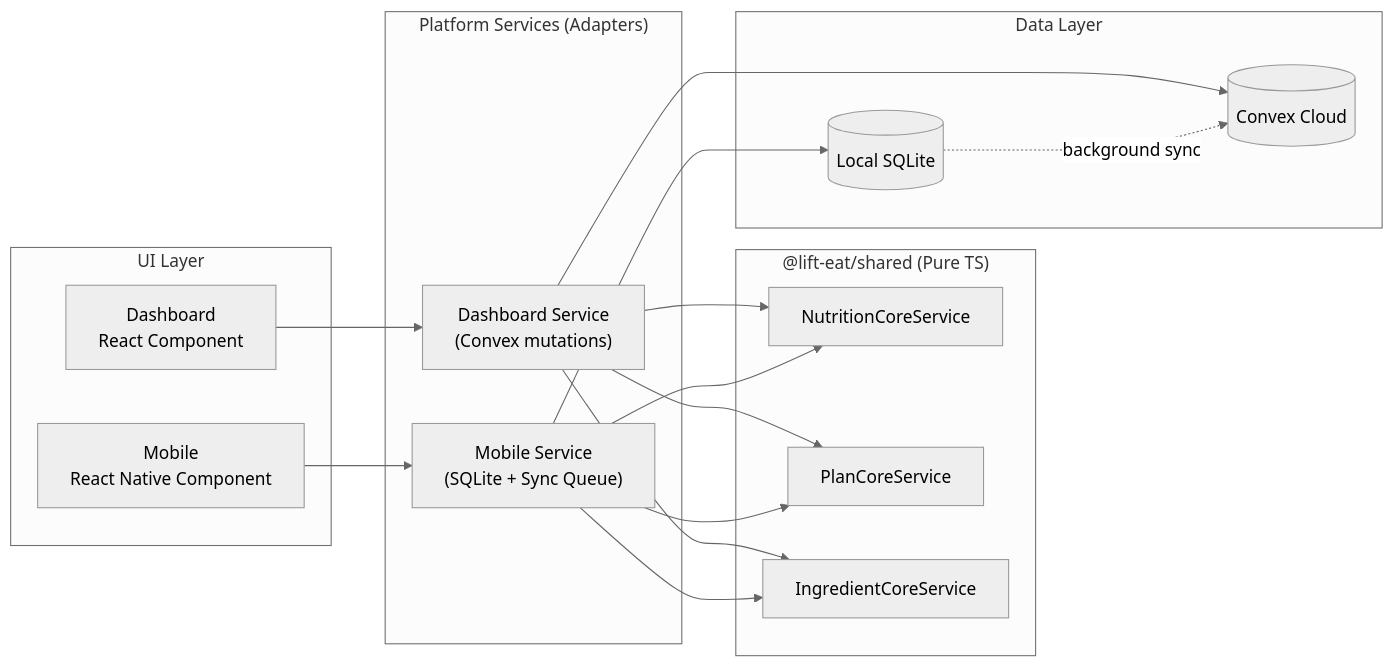
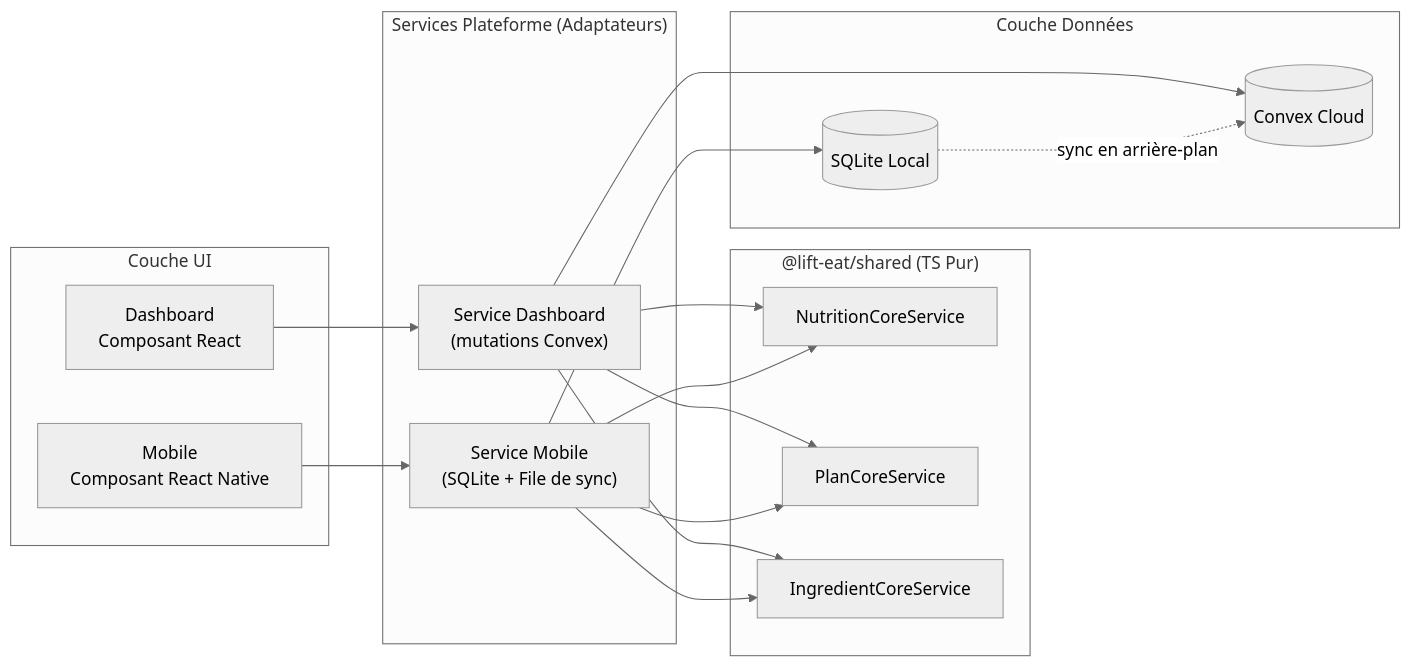
Before and after one commit to Oussama-souissi024/Makelty-architecture-case-study: the first of 7 diagrams in README.md, drawn with Mermaid (neutral theme). The commit also changed other lines of this file and 2 other files, not shown here.

````diff
--- a/README.md
+++ b/README.md
@@ -207,33 +211,33 @@
 ```mermaid
 flowchart LR
-    subgraph UI["UI Layer"]
-        DashUI["Dashboard\nReact Component"]
-        MobUI["Mobile\nReact Native Component"]
+    subgraph UI["Couche UI"]
+        DashUI["Dashboard\nComposant React"]
+        MobUI["Mobile\nComposant React Native"]
     end
 
-    subgraph Adapters["Platform Services (Adapters)"]
-        DashSvc["Dashboard Service\n(Convex mutations)"]
-        MobSvc["Mobile Service\n(SQLite + Sync Queue)"]
+    subgraph Adapters["Services Plateforme (Adaptateurs)"]
+        DashSvc["Service Dashboard\n(mutations Convex)"]
+        MobSvc["Service Mobile\n(SQLite + File de sync)"]
     end
 
-    subgraph Core["@lift-eat/shared (Pure TS)"]
+    subgraph Core["@lift-eat/shared (TS Pur)"]
         NCS["NutritionCoreService"]
         PCS["PlanCoreService"]
         ICS["IngredientCoreService"]
     end
 
-    subgraph Storage["Data Layer"]
+    subgraph Storage["Couche Données"]
         ConvexDB[("Convex Cloud")]
-        SQLiteDB[("Local SQLite")]
+        SQLiteDB[("SQLite Local")]
     end
 
     DashUI --> DashSvc
     MobUI --> MobSvc
 
     DashSvc --> NCS & PCS & ICS
     MobSvc --> NCS & PCS & ICS
 
     DashSvc --> ConvexDB
     MobSvc --> SQLiteDB
-    SQLiteDB -.->|"background sync"| ConvexDB
+    SQLiteDB -.->|"sync en arrière-plan"| ConvexDB
 ```
````
